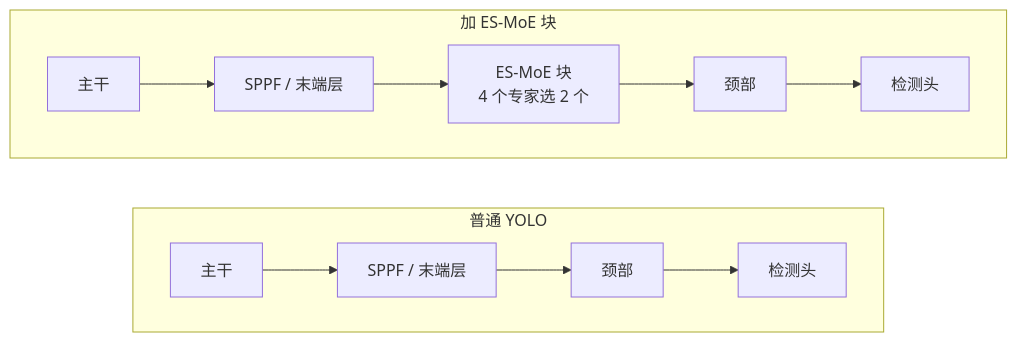
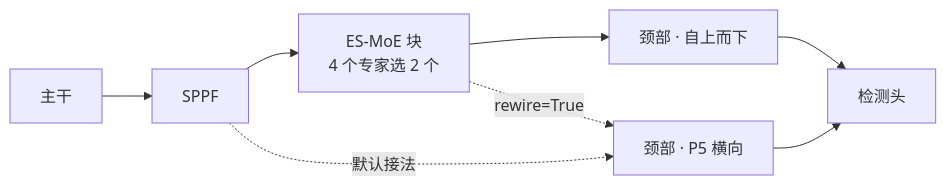
Before and after one commit to Lfan-ke/ES-MoE: the first of 2 diagrams in docs/design.md, drawn with Mermaid. The commit also changed other lines of this file and 28 other files, not shown here.

Commit message:
docs(site): a figure for every result, dark-aware diagrams, libraries loaded on demand, and corrected comparisons.

````diff
--- a/docs/design.md
+++ b/docs/design.md
@@ -9,11 +12,10 @@
 ```mermaid
 flowchart LR
-    subgraph Y["普通 YOLO"]
-        direction LR
-        y1["主干"] --> y2["SPPF / 末端层"] --> y3["颈部"] --> y4["检测头"]
-    end
-    subgraph E["加 ES-MoE 块"]
-        direction LR
-        e1["主干"] --> e2["SPPF / 末端层"] --> e5["ES-MoE 块<br/>4 个专家选 2 个"] --> e3["颈部"] --> e4["检测头"]
-    end
+    B["主干"] --> S["SPPF"]
+    S --> E["ES-MoE 块<br/>4 个专家选 2 个"]
+    E --> N1["颈部 · 自上而下"]
+    S -. "默认接法" .-> N2["颈部 · P5 横向"]
+    E -. "rewire=True" .-> N2
+    N1 --> H["检测头"]
+    N2 --> H
 ```
````
